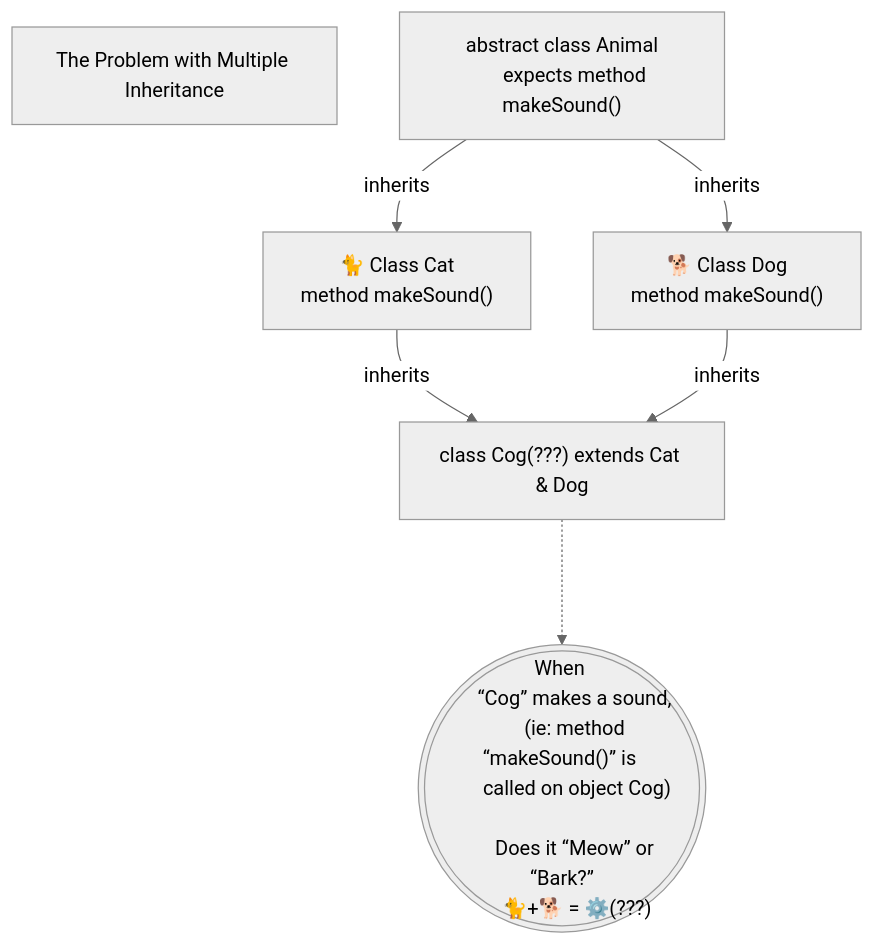
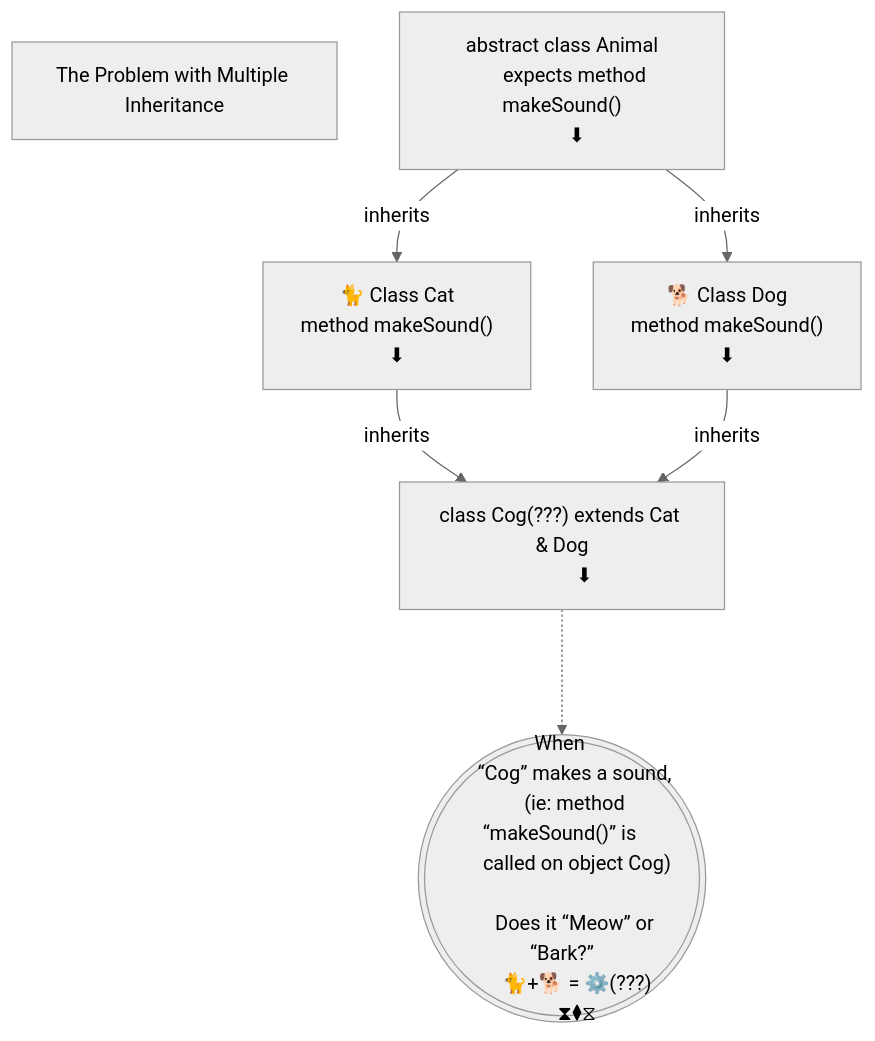
The sixth of 6 diagrams in 09-ClassOrientedProgramming.md (realityexpander/How_to_program_from_ground_up), drawn with Mermaid (neutral theme) before and after one commit.

Commit message:
improve COP design

````diff
--- a/09-ClassOrientedProgramming.md
+++ b/09-ClassOrientedProgramming.md
@@ -730,26 +730,31 @@
     ```mermaid
       flowchart TD
          X["The Problem with Multiple Inheritance"]
          Animal["
             abstract class Animal
             expects method makeSound()
+            ⬇︎
          "] -->|inherits| Cat["
             🐈 Class Cat
             method makeSound()
+            ⬇︎
          "] & Dog["
             🐕 Class Dog
             method makeSound()
+            ⬇︎
             "]-->|inherits| Cog???["
                class Cog(???) extends Cat & Dog
+               ⬇︎
             "]
       
          Cog??? -..-> Y((("
             When 
             “Cog” makes a sound, 
             (ie: method “makeSound()” is 
              called on object Cog) 
             
             Does it “Meow” or “Bark?”
             🐈+🐕 = ⚙️(???)
+            ⧗⧫⧖
          "))) 
       ```
````
